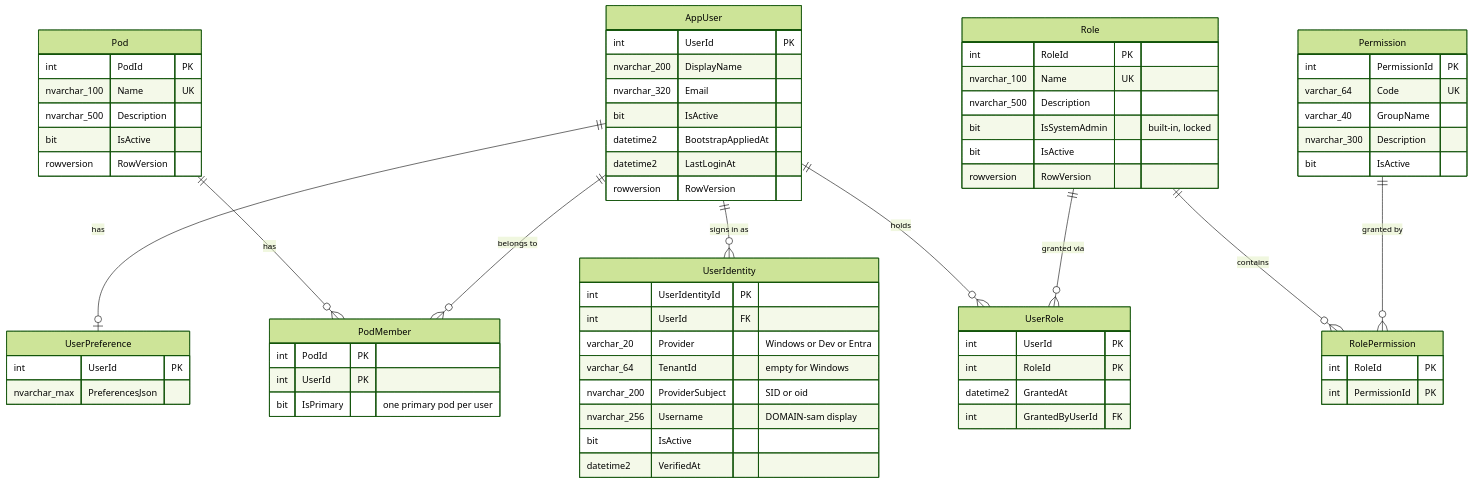
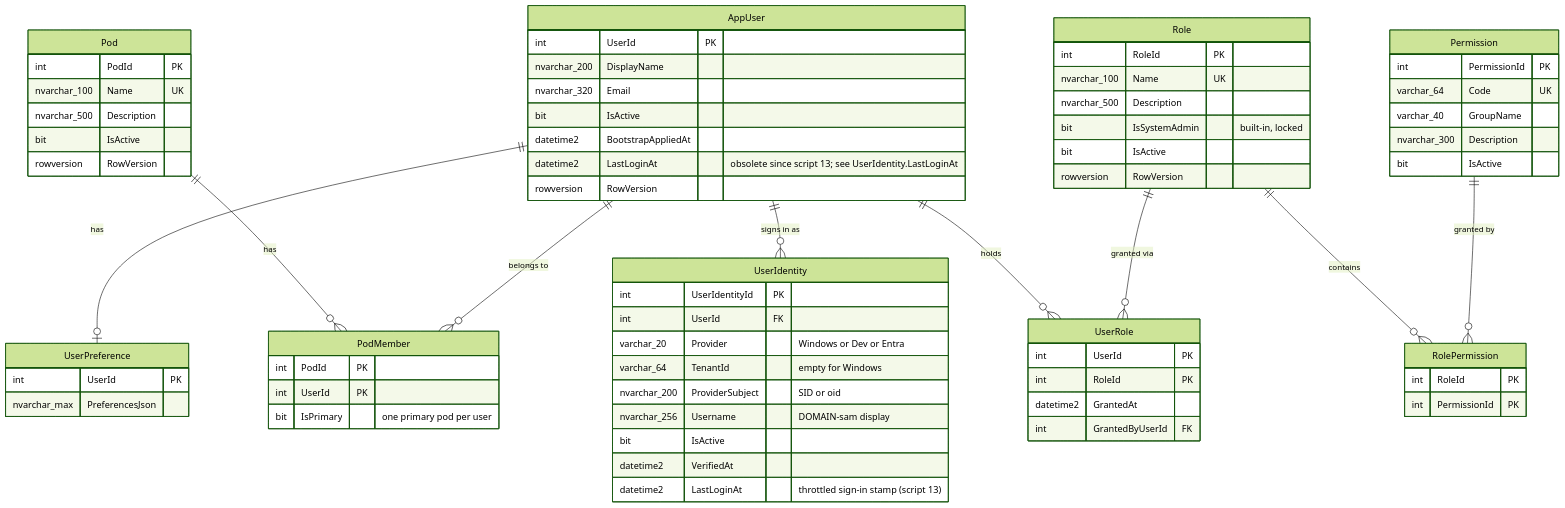
Before and after one commit to dent-ist/MatterFlow: the third of 7 diagrams in docs/erd.md, drawn with Mermaid (forest theme). The commit also changed other lines of this file and 3 other files, not shown here.

First line of the commit message:
Document security review 1 resolutions and align architecture, ERD and permission-matrix docs

````diff
--- a/docs/erd.md
+++ b/docs/erd.md
@@ -199,72 +199,73 @@
 ```mermaid
 erDiagram
   AppUser ||--o{ UserIdentity : "signs in as"
   AppUser ||--o{ UserRole : "holds"
   Role ||--o{ UserRole : "granted via"
   Role ||--o{ RolePermission : "contains"
   Permission ||--o{ RolePermission : "granted by"
   Pod ||--o{ PodMember : "has"
   AppUser ||--o{ PodMember : "belongs to"
   AppUser ||--o| UserPreference : "has"
 
   AppUser {
     int UserId PK
     nvarchar_200 DisplayName
     nvarchar_320 Email
     bit IsActive
     datetime2 BootstrapAppliedAt
-    datetime2 LastLoginAt
+    datetime2 LastLoginAt "obsolete since script 13; see UserIdentity.LastLoginAt"
     rowversion RowVersion
   }
   UserIdentity {
     int UserIdentityId PK
     int UserId FK
     varchar_20 Provider "Windows or Dev or Entra"
     varchar_64 TenantId "empty for Windows"
     nvarchar_200 ProviderSubject "SID or oid"
     nvarchar_256 Username "DOMAIN-sam display"
     bit IsActive
     datetime2 VerifiedAt
+    datetime2 LastLoginAt "throttled sign-in stamp (script 13)"
   }
   Role {
     int RoleId PK
     nvarchar_100 Name UK
     nvarchar_500 Description
     bit IsSystemAdmin "built-in, locked"
     bit IsActive
     rowversion RowVersion
   }
   Permission {
     int PermissionId PK
     varchar_64 Code UK
     varchar_40 GroupName
     nvarchar_300 Description
     bit IsActive
   }
   RolePermission {
     int RoleId PK
     int PermissionId PK
   }
   UserRole {
     int UserId PK
     int RoleId PK
     datetime2 GrantedAt
     int GrantedByUserId FK
   }
   Pod {
     int PodId PK
     nvarchar_100 Name UK
     nvarchar_500 Description
     bit IsActive
     rowversion RowVersion
   }
   PodMember {
     int PodId PK
     int UserId PK
     bit IsPrimary "one primary pod per user"
   }
   UserPreference {
     int UserId PK
     nvarchar_max PreferencesJson
   }
 ```
````
